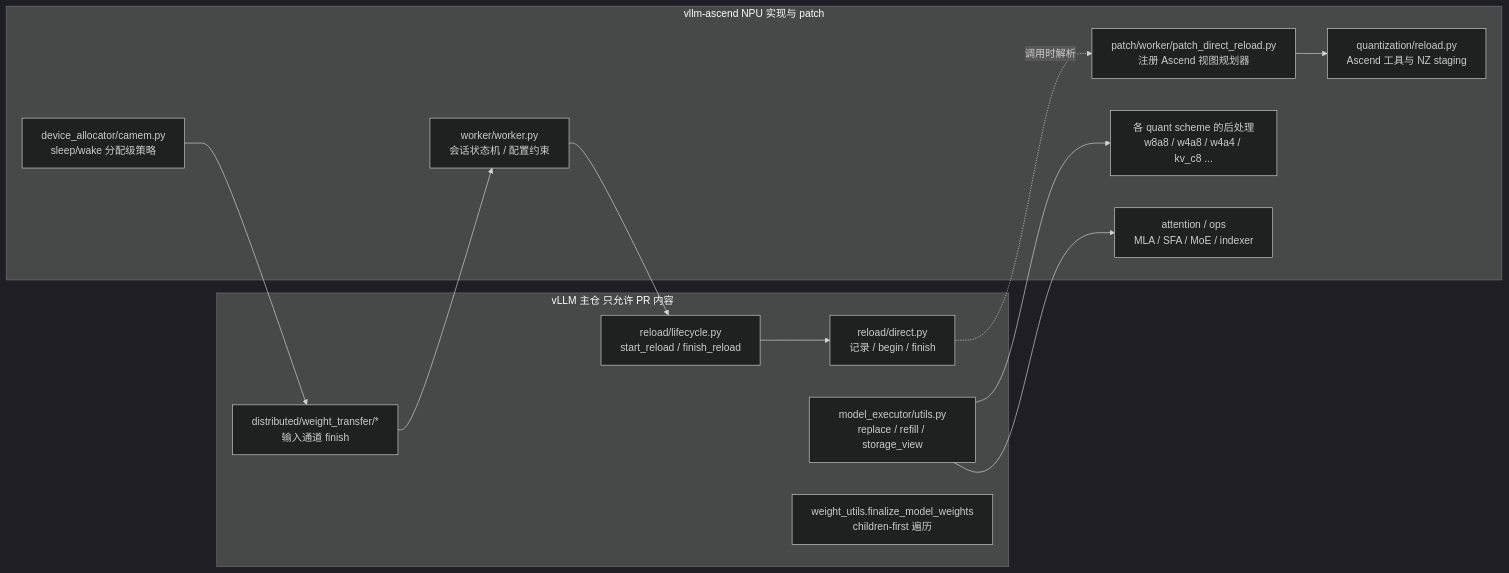
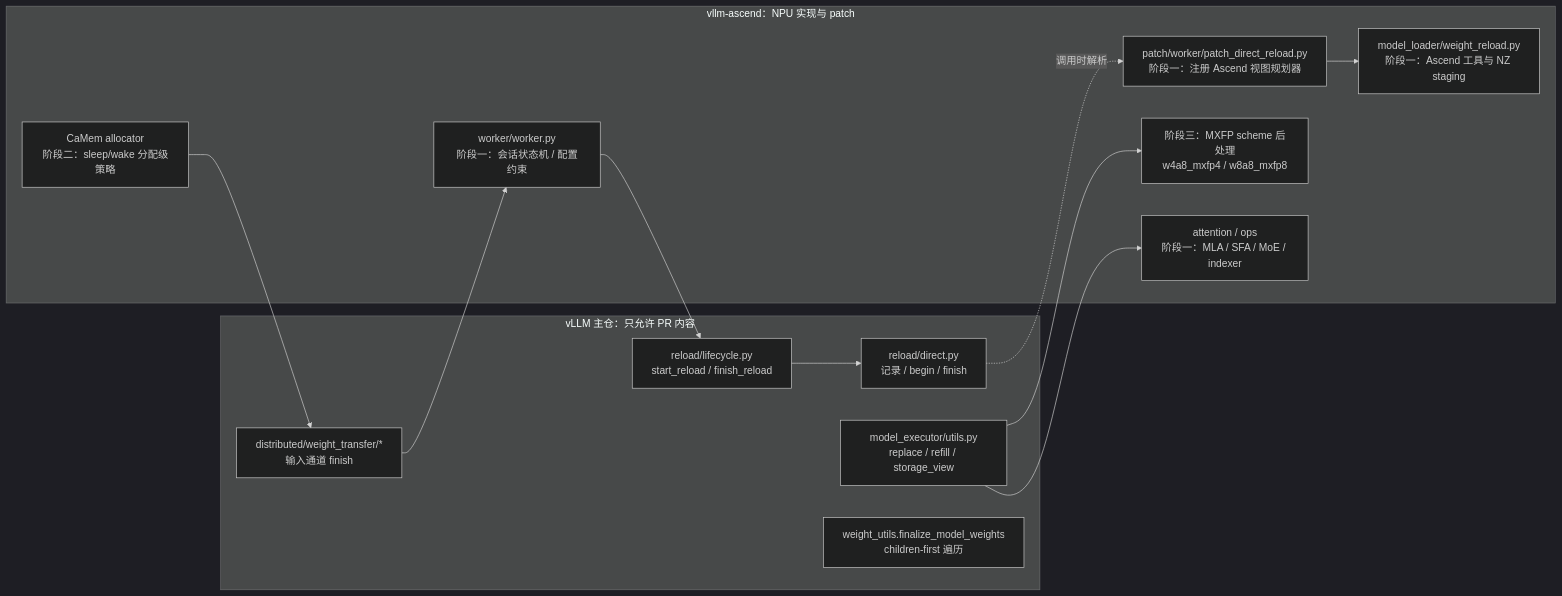
The eighth of 15 diagrams in vllm-rfc54477-direct-reload-ascend.md (wuruiyun/blue-zone-wiki), drawn with Mermaid (dark theme) before and after one commit. The commit also changed other lines of this file, not shown here.

Commit message:
docs: 更新 RFC #54477 材料：按方案四重写适配方案，精简 direct reload 总览

````diff
--- a/vllm-rfc54477-direct-reload-ascend.md
+++ b/vllm-rfc54477-direct-reload-ascend.md
@@ -341,26 +422,26 @@
 ```mermaid
 flowchart LR
-  subgraph vLLM 主仓 只允许 PR 内容
+  subgraph V["vLLM 主仓：只允许 PR 内容"]
     V1["reload/direct.py<br/>记录 / begin / finish"]
     V2["reload/lifecycle.py<br/>start_reload / finish_reload"]
     V3["model_executor/utils.py<br/>replace / refill / storage_view"]
     V4["weight_utils.finalize_model_weights<br/>children-first 遍历"]
     V5["distributed/weight_transfer/*<br/>输入通道 finish"]
   end
-  subgraph vllm-ascend NPU 实现与 patch
-    A1["patch/worker/patch_direct_reload.py<br/>注册 Ascend 视图规划器"]
-    A2["quantization/reload.py<br/>Ascend 工具与 NZ staging"]
-    A3["各 quant scheme 的后处理<br/>w8a8 / w4a8 / w4a4 / kv_c8 ..."]
-    A4["attention / ops<br/>MLA / SFA / MoE / indexer"]
-    A5["worker/worker.py<br/>会话状态机 / 配置约束"]
-    A6["device_allocator/camem.py<br/>sleep/wake 分配级策略"]
+  subgraph A["vllm-ascend：NPU 实现与 patch"]
+    A1["patch/worker/patch_direct_reload.py<br/>阶段一：注册 Ascend 视图规划器"]
+    A2["model_loader/weight_reload.py<br/>阶段一：Ascend 工具与 NZ staging"]
+    A3["阶段三：MXFP scheme 后处理<br/>w4a8_mxfp4 / w8a8_mxfp8"]
+    A4["attention / ops<br/>阶段一：MLA / SFA / MoE / indexer"]
+    A5["worker/worker.py<br/>阶段一：会话状态机 / 配置约束"]
+    A6["CaMem allocator<br/>阶段二：sleep/wake 分配级策略"]
   end
   V2 --> V1
   V1 -.->|"调用时解析"| A1
   A1 --> A2
   V3 --> A3
   V3 --> A4
   V5 --> A5
   A5 --> V2
   A6 --> V5
 ```
````
